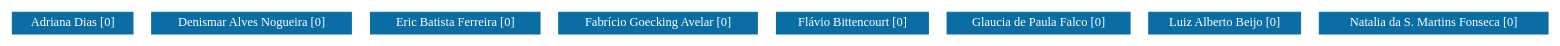
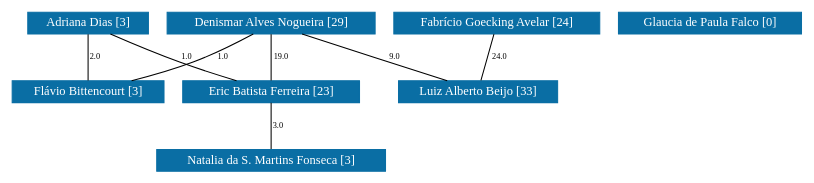
The diagram in de/grafoDeColaboracoesComPesos.dot (icamps/unifal-lattes.github.io), drawn with Graphviz before and after one commit. The commit also changed 783 other files, not shown here.

```diff
--- a/de/grafoDeColaboracoesComPesos.dot
+++ b/de/grafoDeColaboracoesComPesos.dot
@@ -1,67 +1,95 @@
 strict graph grafo2 {
-	graph [bb="0,0,1222,21",
+	graph [bb="0,0,624.5,153",
 		id=grafo2,
 		overlap=False
 	];
 	node [fontsize=12,
 		label="\N",
 		shape=rectangle,
 		style=filled
 	];
 	0	 [URL="membro-9808310940421979.html",
 		color="#0A6EA4",
 		fontcolor="#FFFFFF",
 		height=0.29167,
-		label="Adriana Dias [0]",
-		pos="48,10.5",
+		label="Adriana Dias [3]",
+		pos="58.5,142.5",
 		width=1.3333];
+	2	 [URL="membro-9965398009651936.html",
+		color="#0A6EA4",
+		fontcolor="#FFFFFF",
+		height=0.29167,
+		label="Eric Batista Ferreira [23]",
+		pos="205.5,76.5",
+		width=1.8889];
+	0 -- 2	 [fontsize=8,
+		label=1.0,
+		lp="115.5,109.5",
+		pos="70.567,132 80.654,123.68 95.726,112.29 110.5,105 125.79,97.461 143.46,91.49 159.39,87.003"];
+	4	 [URL="membro-6581499944728910.html",
+		color="#0A6EA4",
+		fontcolor="#FFFFFF",
+		height=0.29167,
+		label="Flávio Bittencourt [3]",
+		pos="59.5,76.5",
+		width=1.6528];
+	0 -- 4	 [fontsize=8,
+		label=2.0,
+		lp="64.5,109.5",
+		pos="58.661,131.9 58.846,119.65 59.15,99.622 59.336,87.297"];
+	7	 [URL="membro-3374954104030940.html",
+		color="#0A6EA4",
+		fontcolor="#FFFFFF",
+		height=0.29167,
+		label="Natalia da S. Martins Fonseca [3]",
+		pos="205.5,10.5",
+		width=2.4444];
+	2 -- 7	 [fontsize=8,
+		label=3.0,
+		lp="210.5,43.5",
+		pos="205.5,65.896 205.5,53.653 205.5,33.622 205.5,21.297"];
 	1	 [URL="membro-3858924778362309.html",
 		color="#0A6EA4",
 		fontcolor="#FFFFFF",
 		height=0.29167,
-		label="Denismar Alves Nogueira [0]",
-		pos="192,10.5",
-		width=2.1528];
-	2	 [URL="membro-9965398009651936.html",
+		label="Denismar Alves Nogueira [29]",
+		pos="205.5,142.5",
+		width=2.2361];
+	1 -- 2	 [fontsize=8,
+		label=19.0,
+		lp="212.5,109.5",
+		pos="205.5,131.9 205.5,119.65 205.5,99.622 205.5,87.297"];
+	1 -- 4	 [fontsize=8,
+		label=1.0,
+		lp="146.5,109.5",
+		pos="182.04,131.9 154.8,119.58 110.12,99.383 82.899,87.078"];
+	6	 [URL="membro-8194104388434526.html",
 		color="#0A6EA4",
 		fontcolor="#FFFFFF",
 		height=0.29167,
-		label="Eric Batista Ferreira [0]",
-		pos="353,10.5",
-		width=1.8056];
+		label="Luiz Alberto Beijo [33]",
+		pos="370.5,76.5",
+		width=1.7778];
+	1 -- 6	 [fontsize=8,
+		label=9.0,
+		lp="303.5,109.5",
+		pos="232.01,131.9 262.8,119.58 313.29,99.383 344.06,87.078"];
 	3	 [URL="membro-6886514520601172.html",
 		color="#0A6EA4",
 		fontcolor="#FFFFFF",
 		height=0.29167,
-		label="Fabrício Goecking Avelar [0]",
-		pos="513,10.5",
-		width=2.1389];
-	4	 [URL="membro-6581499944728910.html",
-		color="#0A6EA4",
-		fontcolor="#FFFFFF",
-		height=0.29167,
-		label="Flávio Bittencourt [0]",
-		pos="668,10.5",
-		width=1.6528];
+		label="Fabrício Goecking Avelar [24]",
+		pos="384.5,142.5",
+		width=2.2222];
+	3 -- 6	 [fontsize=8,
+		label=24.0,
+		lp="385.5,109.5",
+		pos="382.25,131.9 379.65,119.65 375.4,99.622 372.79,87.297"];
 	5	 [URL="membro-4404511957654050.html",
 		color="#0A6EA4",
 		fontcolor="#FFFFFF",
 		height=0.29167,
 		label="Glaucia de Paula Falco [0]",
-		pos="817,10.5",
+		pos="553.5,142.5",
 		width=1.9722];
-	6	 [URL="membro-8194104388434526.html",
-		color="#0A6EA4",
-		fontcolor="#FFFFFF",
-		height=0.29167,
-		label="Luiz Alberto Beijo [0]",
-		pos="967,10.5",
-		width=1.6944];
-	7	 [URL="membro-3374954104030940.html",
-		color="#0A6EA4",
-		fontcolor="#FFFFFF",
-		height=0.29167,
-		label="Natalia da S. Martins Fonseca [0]",
-		pos="1134,10.5",
-		width=2.4444];
 }
```
